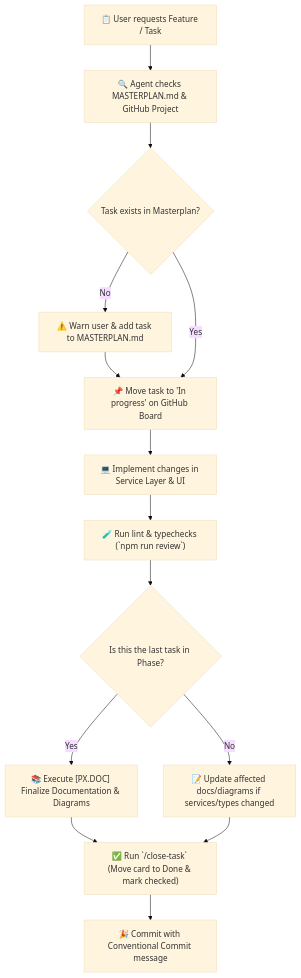
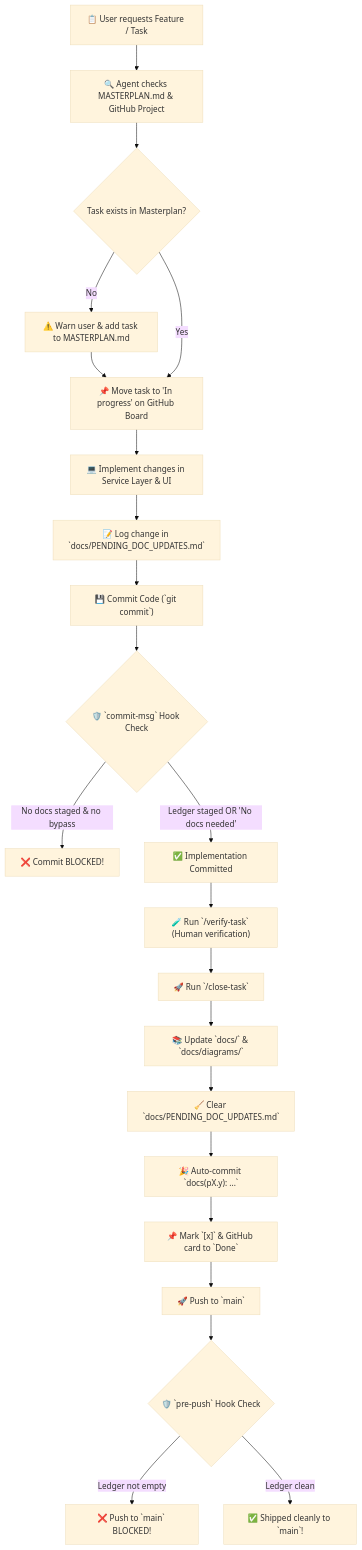
Before and after one commit to Danncode10/DannFlow: the second of 3 diagrams in docs/diagrams/activity-workflows.md, drawn with Mermaid (base theme). The commit also changed 4 other files, not shown here.

Commit message:
feat: implement mandatory documentation tracking with commit and push hooks to enforce documentation updates

````diff
--- a/docs/diagrams/activity-workflows.md
+++ b/docs/diagrams/activity-workflows.md
@@ -25,20 +25,30 @@
 ```mermaid
 flowchart TD
     Start["📋 User requests Feature / Task"] --> SearchPlan["🔍 Agent checks MASTERPLAN.md & GitHub Project"]
 
     SearchPlan --> TaskExists{"Task exists in Masterplan?"}
     TaskExists -- No --> WarnUser["⚠️ Warn user & add task to MASTERPLAN.md"]
     WarnUser --> MoveInProgress
     TaskExists -- Yes --> MoveInProgress["📌 Move task to 'In progress' on GitHub Board"]
 
     MoveInProgress --> EditCode["💻 Implement changes in Service Layer & UI"]
-    EditCode --> RunTests["🧪 Run lint & typechecks (`npm run review`)"]
+    EditCode --> LogPending["📝 Log change in `docs/PENDING_DOC_UPDATES.md`"]
 
-    RunTests --> TaskComplete{"Is this the last task in Phase?"}
-    TaskComplete -- Yes --> DocTask["📚 Execute [PX.DOC] Finalize Documentation & Diagrams"]
-    TaskComplete -- No --> UpdateDocs["📝 Update affected docs/diagrams if services/types changed"]
+    LogPending --> CommitCode["💾 Commit Code (`git commit`)"]
+    CommitCode --> CommitHook{"🛡️ `commit-msg` Hook Check"}
+    CommitHook -- "No docs staged & no bypass" --> BlockCommit["❌ Commit BLOCKED!"]
+    CommitHook -- "Ledger staged OR 'No docs needed'" --> PassCommit["✅ Implementation Committed"]
 
-    DocTask --> CloseTask["✅ Run `/close-task` (Move card to Done & mark checked)"]
-    UpdateDocs --> CloseTask
-    CloseTask --> Commit["🎉 Commit with Conventional Commit message"]
+    PassCommit --> VerifyTask["🧪 Run `/verify-task` (Human verification)"]
+    VerifyTask --> CloseTask["🚀 Run `/close-task`"]
+
+    CloseTask --> UpdateRealDocs["📚 Update `docs/` & `docs/diagrams/`"]
+    UpdateRealDocs --> ClearLedger["🧹 Clear `docs/PENDING_DOC_UPDATES.md`"]
+    ClearLedger --> DocsCommit["🎉 Auto-commit `docs(pX.y): ...`"]
+    DocsCommit --> TrackingCommit["📌 Mark `[x]` & GitHub card to `Done`"]
+
+    TrackingCommit --> PushMain["🚀 Push to `main`"]
+    PushMain --> PrePushHook{"🛡️ `pre-push` Hook Check"}
+    PrePushHook -- "Ledger not empty" --> BlockPush["❌ Push to `main` BLOCKED!"]
+    PrePushHook -- "Ledger clean" --> PushSuccess["✅ Shipped cleanly to `main`!"]
 ```
````
